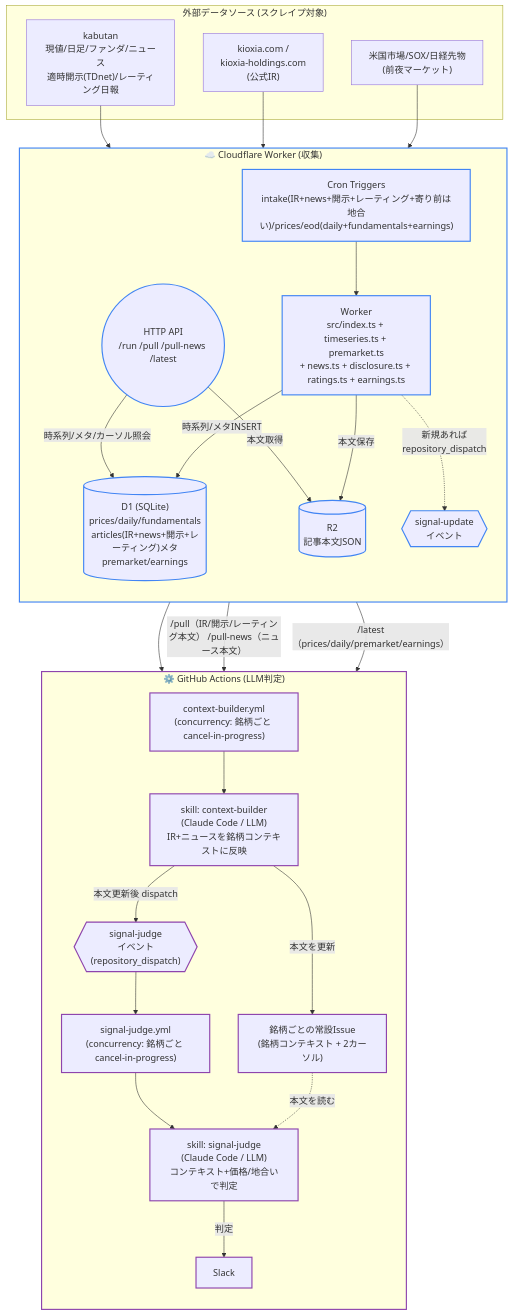
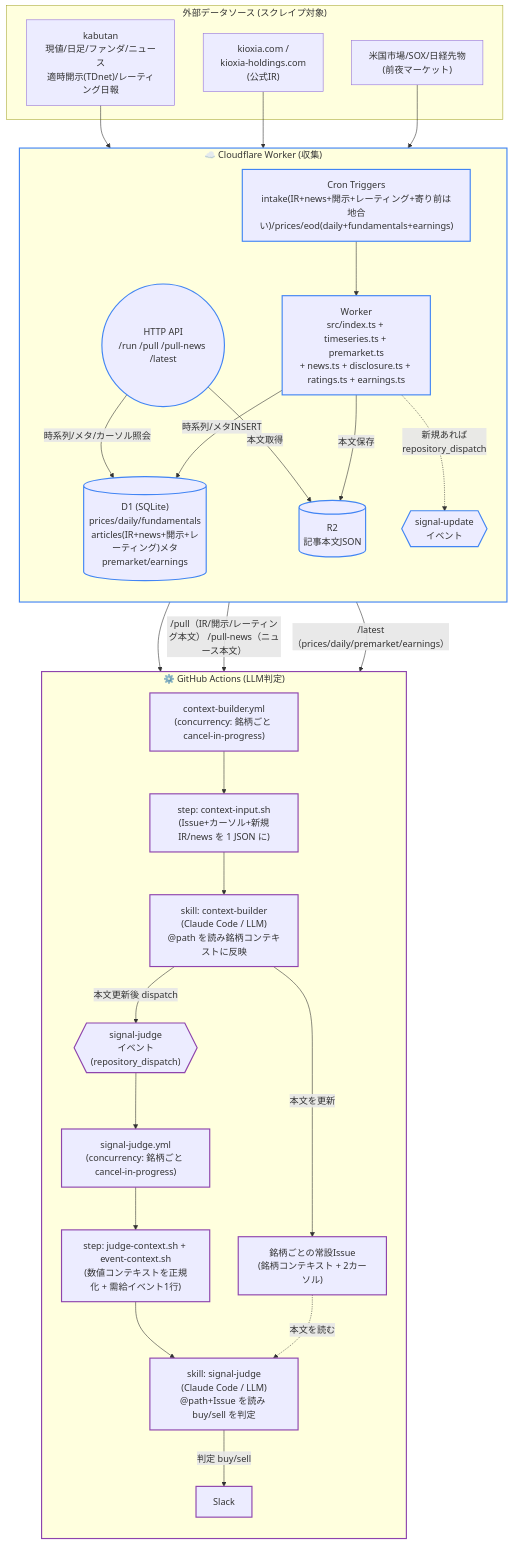
One commit to omni-stove/stock-signals changed the first of 2 diagrams in README.md. Above: the diagram before and after it, drawn with Mermaid. The commit also changed other lines of this file and 6 other files, not shown here.

First line of the commit message:
feat(context-builder): Issue+新規IR/news取得を context-input.sh で外出しし skill を Read のみに

````diff
--- a/README.md
+++ b/README.md
@@ -33,55 +34,57 @@
 ```mermaid
 flowchart TB
     subgraph EXT["外部データソース (スクレイプ対象)"]
         KABUTAN["kabutan<br/>現値/日足/ファンダ/ニュース<br/>適時開示(TDnet)/レーティング日報"]
         KIOXIA["kioxia.com /<br/>kioxia-holdings.com<br/>(公式IR)"]
         MARKET["米国市場/SOX/日経先物<br/>(前夜マーケット)"]
     end
 
     subgraph CLOUD["☁️ Cloudflare Worker (収集)"]
         direction TB
         CRON_CF["Cron Triggers<br/>intake(IR+news+開示+レーティング+寄り前は地合い)/prices/eod(daily+fundamentals+earnings)"]
         WORKER["Worker<br/>src/index.ts + timeseries.ts + premarket.ts<br/>+ news.ts + disclosure.ts + ratings.ts + earnings.ts"]
         D1[("D1 (SQLite)<br/>prices/daily/fundamentals<br/>articles(IR+news+開示+レーティング)メタ<br/>premarket/earnings")]
         R2[("R2<br/>記事本文JSON")]
         API((HTTP API<br/>/run /pull /pull-news /latest))
         CRON_CF --> WORKER
         WORKER -->|時系列/メタINSERT| D1
         WORKER -->|本文保存| R2
         API -->|時系列/メタ/カーソル照会| D1
         API -->|本文取得| R2
         WORKER -.->|新規あれば<br/>repository_dispatch| DISPATCH{{"signal-update<br/>イベント"}}
     end
 
     subgraph GHA["⚙️ GitHub Actions (LLM判定)"]
         direction TB
         CTXWF["context-builder.yml<br/>(concurrency: 銘柄ごと cancel-in-progress)"]
-        CTXSKILL["skill: context-builder<br/>(Claude Code / LLM)<br/>IR+ニュースを銘柄コンテキストに反映"]
+        CTXIN["step: context-input.sh<br/>(Issue+カーソル+新規IR/news を 1 JSON に)"]
+        CTXSKILL["skill: context-builder<br/>(Claude Code / LLM)<br/>@path を読み銘柄コンテキストに反映"]
         JUDGEDISP{{"signal-judge<br/>イベント<br/>(repository_dispatch)"}}
         JUDGEWF["signal-judge.yml<br/>(concurrency: 銘柄ごと cancel-in-progress)"]
-        JUDGESKILL["skill: signal-judge<br/>(Claude Code / LLM)<br/>コンテキスト+価格/地合いで判定"]
+        JUDGECTX["step: judge-context.sh + event-context.sh<br/>(数値コンテキストを正規化 + 需給イベント1行)"]
+        JUDGESKILL["skill: signal-judge<br/>(Claude Code / LLM)<br/>@path+Issue を読み buy/sell を判定"]
         ISSUE["銘柄ごとの常設Issue<br/>(銘柄コンテキスト + 2カーソル)"]
         SLACK["Slack"]
-        CTXWF --> CTXSKILL -->|本文を更新| ISSUE
-        CTXSKILL -->|本文更新後 dispatch| JUDGEDISP --> JUDGEWF --> JUDGESKILL
+        CTXWF --> CTXIN --> CTXSKILL -->|本文を更新| ISSUE
+        CTXSKILL -->|本文更新後 dispatch| JUDGEDISP --> JUDGEWF --> JUDGECTX --> JUDGESKILL
         ISSUE -.->|本文を読む| JUDGESKILL
-        JUDGESKILL -->|判定| SLACK
+        JUDGESKILL -->|判定 buy/sell| SLACK
     end
 
     %% 外部 → 収集
     KABUTAN --> WORKER
     KIOXIA --> WORKER
     MARKET --> WORKER
 
     %% Worker → Actions
     DISPATCH --> CTXWF
 
-    %% Actions → Worker (材料引き)
-    API -->|/pull（IR/開示/レーティング本文） /pull-news（ニュース本文）| CTXSKILL
-    API -->|/latest（prices/daily/premarket/earnings）| JUDGESKILL
+    %% Actions → Worker (材料引きは workflow step が代行し skill へ @path で渡す)
+    API -->|/pull（IR/開示/レーティング本文） /pull-news（ニュース本文）| CTXIN
+    API -->|/latest（prices/daily/premarket/earnings）| JUDGECTX
 
     classDef cloud stroke:#4285f4,stroke-width:2px
     classDef gha stroke:#8e44ad,stroke-width:2px
     class CLOUD,CRON_CF,WORKER,D1,R2,API,DISPATCH cloud
-    class GHA,CTXWF,CTXSKILL,JUDGEDISP,JUDGEWF,JUDGESKILL,ISSUE,SLACK gha
+    class GHA,CTXWF,CTXIN,CTXSKILL,JUDGEDISP,JUDGEWF,JUDGECTX,JUDGESKILL,ISSUE,SLACK gha
 ```
````
